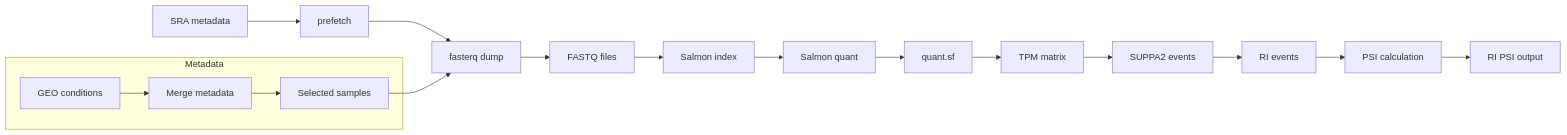
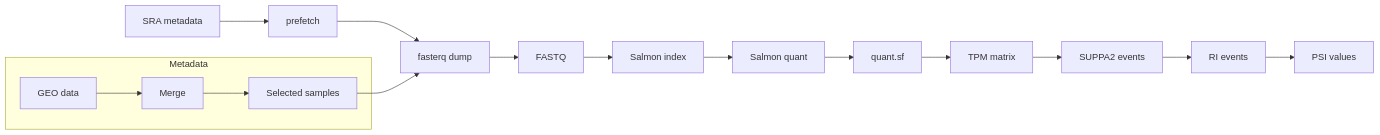
The diagram in README.md (KiarashBabaei/Transcriptome-AutoPipeline), drawn with Mermaid before and after one commit.

Commit message:
Update pipeline flowchart labels in README.md

````diff
--- a/README.md
+++ b/README.md
@@ -37,21 +37,25 @@
 ```mermaid
 flowchart LR
+
+    %% Main pipeline (top)
     A[SRA metadata] --> B[prefetch]
     B --> C[fasterq dump]
-    C --> D[FASTQ files]
+    C --> D[FASTQ]
     D --> E[Salmon index]
     E --> F[Salmon quant]
+
+    %% Second layer
     F --> G[quant.sf]
     G --> H[TPM matrix]
     H --> I[SUPPA2 events]
     I --> J[RI events]
-    J --> K[PSI calculation]
-    K --> L[RI PSI output]
+    J --> K[PSI values]
 
+    %% Metadata block
     subgraph Metadata
-        M1[GEO conditions] --> M2[Merge metadata]
+        M1[GEO data] --> M2[Merge]
         M2 --> M3[Selected samples]
     end
 
     M3 --> C
 ```
````
